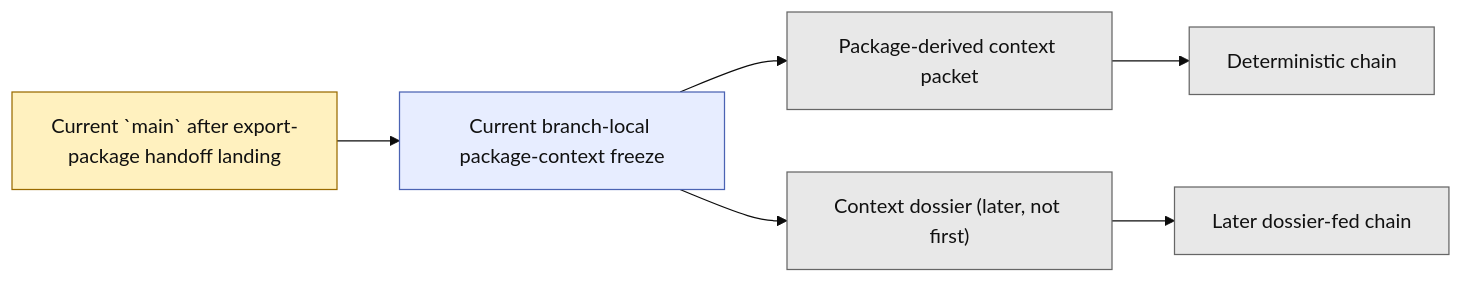
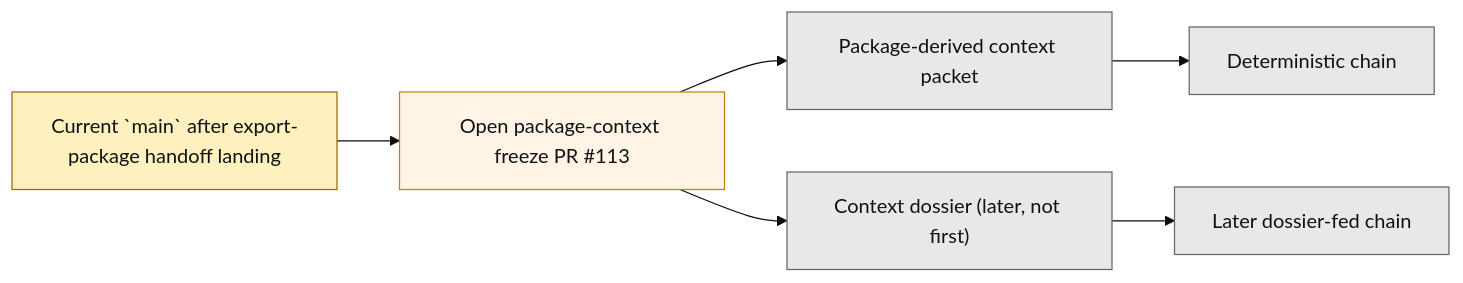
The second of 2 diagrams in next_milestone_plans/layer3_progress_board.md (benjmcd/project6_REPO_MCP_FOLDER), drawn with Mermaid (base theme) before and after one commit. The commit also changed other lines of this file and 3 other files, not shown here.

Commit message:
docs(layer3): mark package-context freeze open

````diff
--- a/next_milestone_plans/layer3_progress_board.md
+++ b/next_milestone_plans/layer3_progress_board.md
@@ -114,16 +114,16 @@
 ```mermaid
 flowchart LR
-    A["Current `main` after export-package handoff landing"] --> B["Current branch-local package-context freeze"]
+    A["Current `main` after export-package handoff landing"] --> B["Open package-context freeze PR #113"]
     B --> C["Package-derived context packet"]
     B --> D["Context dossier (later, not first)"]
     C --> E["Deterministic chain"]
     D --> F["Later dossier-fed chain"]
 
     classDef next fill:#fff1bf,stroke:#9a6b00,color:#111;
-    classDef branch_only fill:#e7edff,stroke:#4b63b3,color:#111;
+    classDef open fill:#fff4e6,stroke:#b8860b,color:#111;
     classDef future fill:#e8e8e8,stroke:#666,color:#111;
 
     class A next;
-    class B branch_only;
+    class B open;
     class C,D,E,F future;
 ```
````
